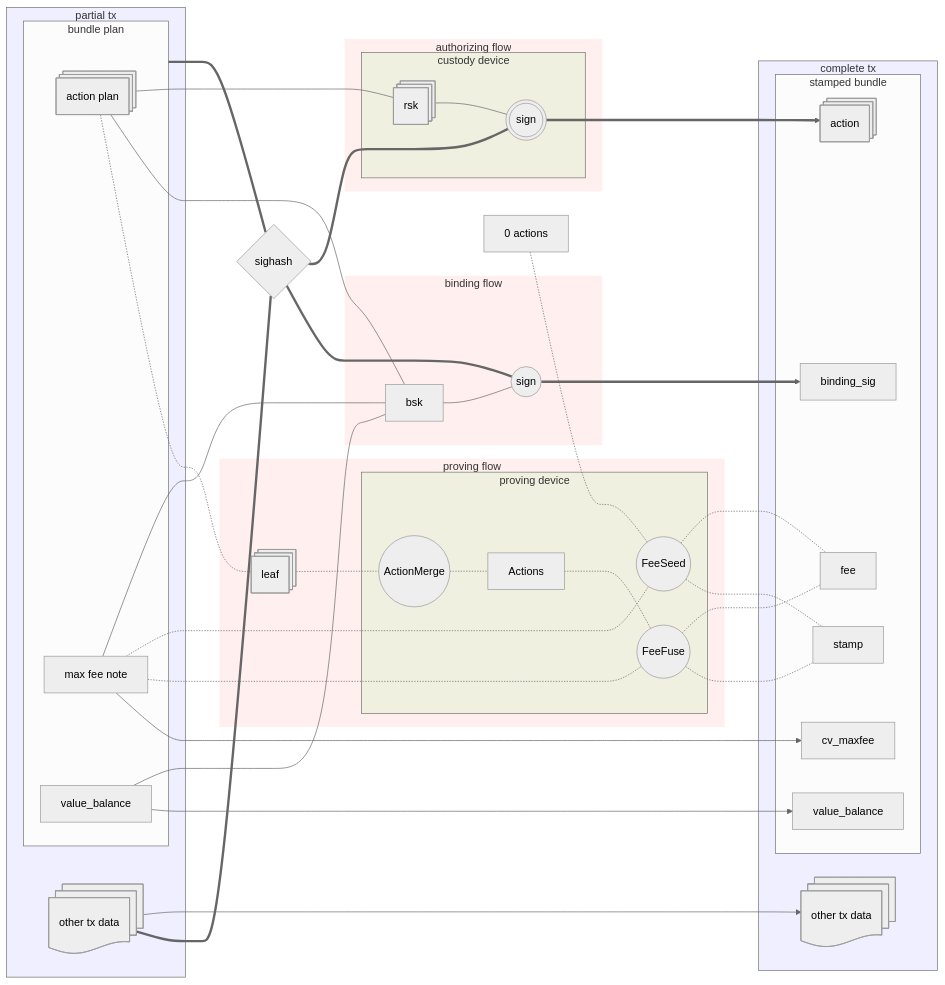
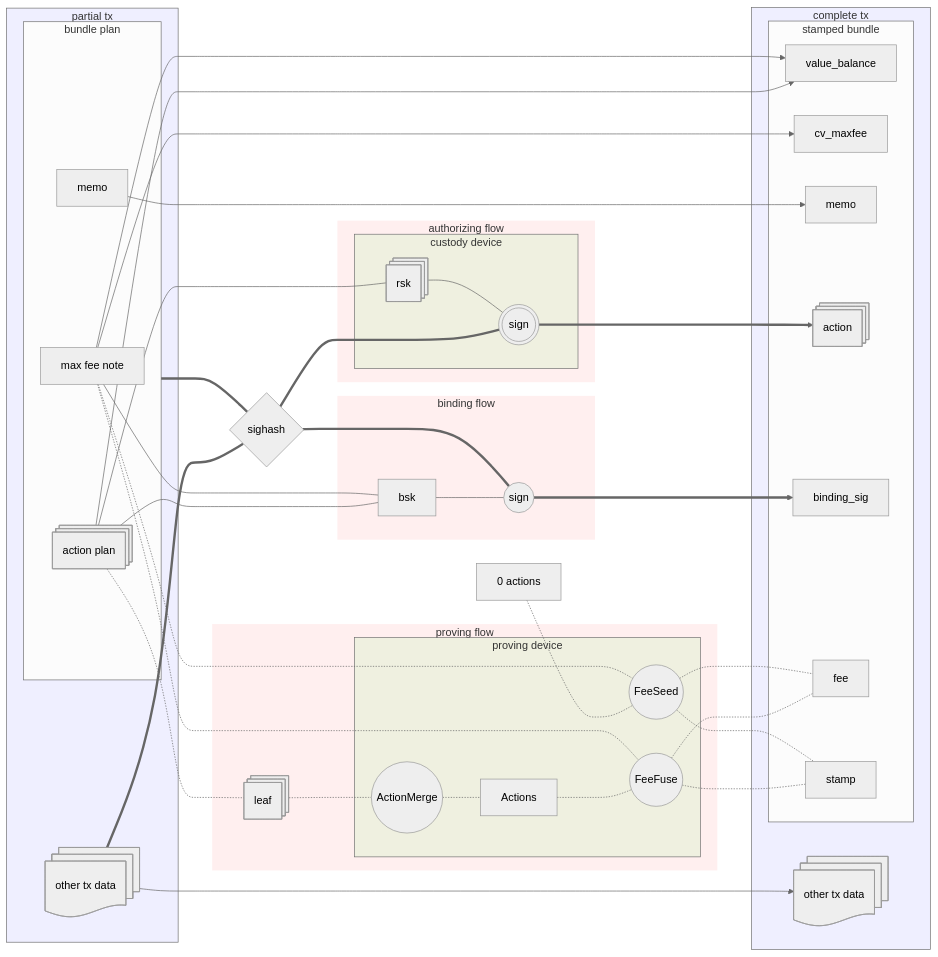
The second of 3 diagrams in book/src/authorization.md (tachyon-zcash/tachyon), drawn with Mermaid (neutral theme) before and after one commit.

Commit message:
docs: take value_balance out of the plan and add the memo

````diff
--- a/book/src/authorization.md
+++ b/book/src/authorization.md
@@ -182,77 +182,79 @@
 ```mermaid
 flowchart LR
     style proving fill:#ff000010,stroke:none
     style authorization fill:#ff000010,stroke:none
     style binding fill:#ff000010,stroke:none
 
     style custody fill:#00ff0010
     style prover fill:#00ff0010
 
     style pczt fill:#0000ff10
     style tx fill:#0000ff10
 
 
     subgraph pczt[partial tx]
         subgraph bundle_plan["bundle plan"]
             action_plan@{ shape: st-rect, label: "action plan" }
             max_fee_note["max fee note"]
-            value_balance
+            memo
         end
         other1@{ shape: st-doc, label: "other tx data" } 
     end
     pczt ~~~ sighash{sighash}
     bundle_plan & other1 === sighash 
 
 
-    value_balance --> value_balance_2[value_balance]
+    action_plan & max_fee_note --> value_balance
     max_fee_note --> cv_maxfee
+    memo --> memo_2[memo]
 
     subgraph tx[complete tx]
         subgraph bundle["stamped bundle"]
-            value_balance_2[value_balance]
+            value_balance
             action@{ shape: st-rect }
             cv_maxfee
             binding_sig
+            memo_2[memo]
             fee
             stamp
         end
         other2@{ shape: st-doc, label: "other tx data" }
     end
 
 
 
     subgraph proving["proving flow"]
         leaf@{ shape: st-rect, label: "leaf" }
         subgraph prover["proving device"]
             merge((ActionMerge))
             actions[Actions]
             fee_fuse((FeeFuse))
             fee_seed((FeeSeed))
         end
     end
     action_plan -.- leaf -.- merge -.- actions -.- fee_fuse -.- stamp
     zero_actions["0 actions"] -.- fee_seed -.- stamp
     max_fee_note -.- fee_fuse & fee_seed -.- fee
 
 
     sighash ~~~ binding
     subgraph binding["binding flow"]
         bsk 
         sign_binding_sig(("sign"))
     end
-    action_plan & max_fee_note & value_balance --- bsk --- sign_binding_sig ==> binding_sig
+    action_plan & max_fee_note --- bsk --- sign_binding_sig ==> binding_sig
     sighash === sign_binding_sig
 
     sighash ~~~ authorization
     subgraph authorization["authorizing flow"]
         subgraph custody["custody device"]
             rsk@{ shape: st-rect }
             sign_action((("sign")))
         end
     end
     sighash === sign_action
     action_plan --- rsk --- sign_action ==> action
 
     other1 --> other2
     pczt ~~~ sighash
 ```
````
